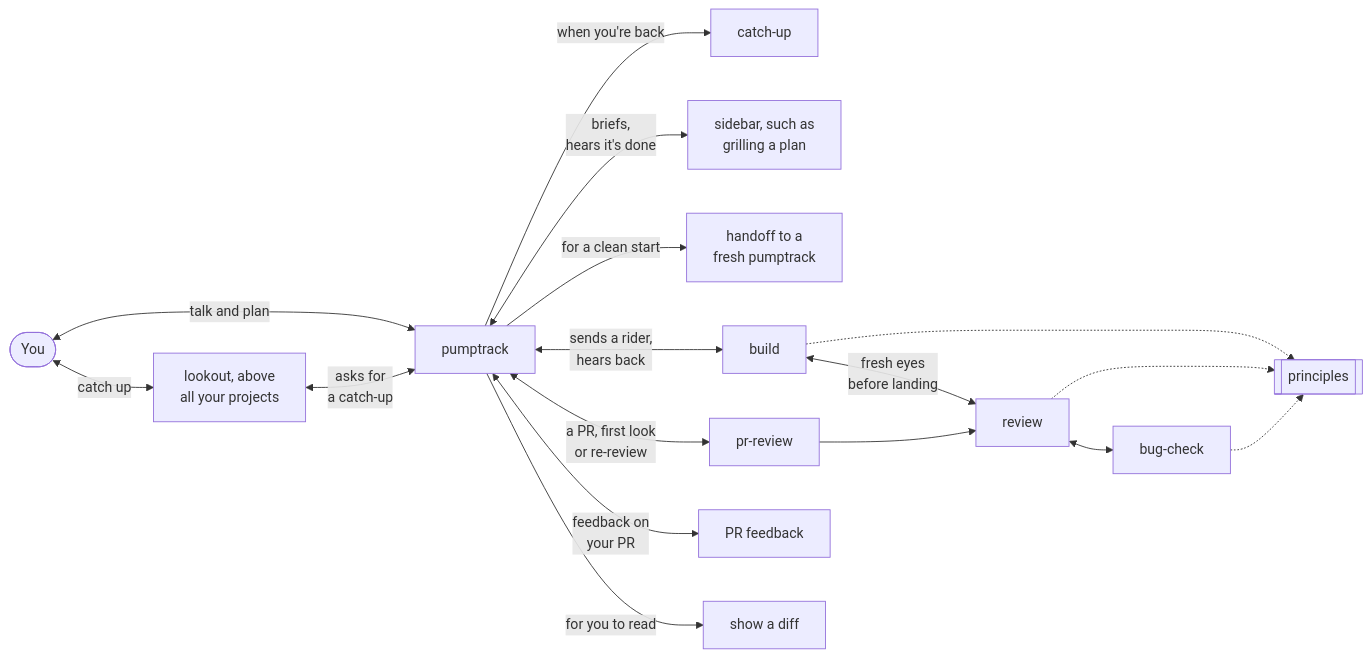
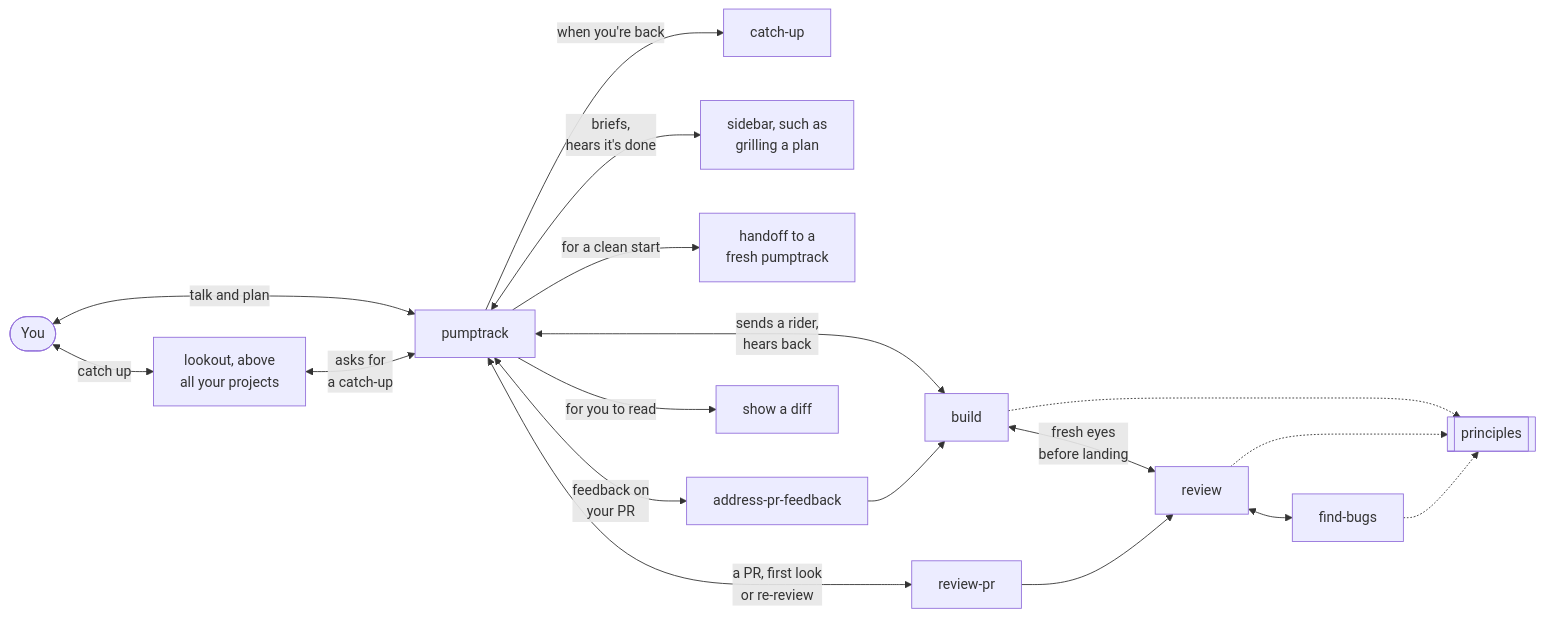
The first of 2 diagrams in README.md (brandonbews/pumptrack), drawn with Mermaid before and after one commit. The commit also changed other lines of this file and 2 other files, not shown here.

First line of the commit message:
Add review-pr and address-pr-feedback

````diff
--- a/README.md
+++ b/README.md
@@ -28,19 +28,20 @@
 ```mermaid
 flowchart LR
   you(["You"]) <-->|talk and plan| pt["pumptrack"]
   you <-->|catch up| lookout["lookout, above<br/>all your projects"]
   lookout <-->|"asks for<br/>a catch-up"| pt
   pt -->|"when you're back"| catchup["catch-up"]
   pt <-->|"briefs,<br/>hears it's done"| sidebar["sidebar, such as<br/>grilling a plan"]
   pt -->|"for a clean start"| handoff["handoff to a<br/>fresh pumptrack"]
   pt <-->|"sends a rider,<br/>hears back"| build["build"]
   build <-->|"fresh eyes<br/>before landing"| review["review"]
-  pt <-->|"a PR, first look<br/>or re-review"| prreview["pr-review"]
+  pt <-->|"a PR, first look<br/>or re-review"| prreview["review-pr"]
   prreview --> review
-  pt <-->|"feedback on<br/>your PR"| feedback["PR feedback"]
+  pt <-->|"feedback on<br/>your PR"| feedback["address-pr-feedback"]
   pt -->|for you to read| diff["show a diff"]
-  review <--> bugs["bug-check"]
+  feedback --> build
+  review <--> bugs["find-bugs"]
   build -.-> principles[["principles"]]
   review -.-> principles
   bugs -.-> principles
 ```
````
